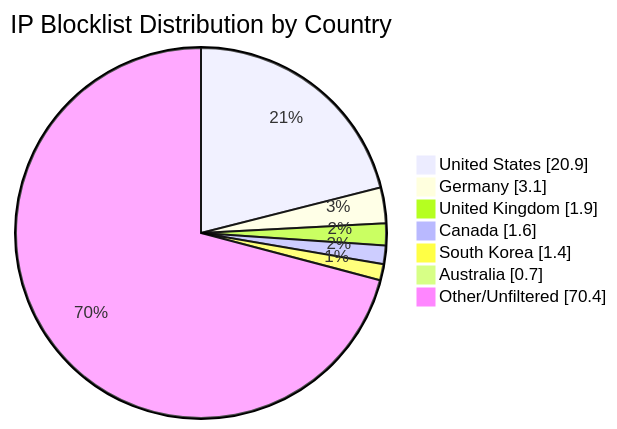
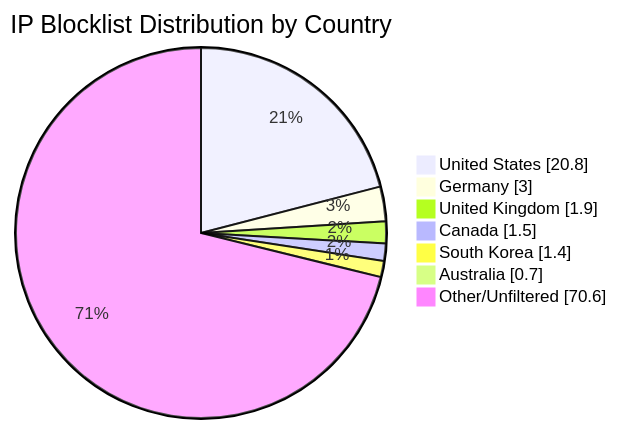
The diagram in README.md (MarcusHoltz/ipblocklist-geofiltered-aggregator), drawn with Mermaid before and after one commit. The commit also changed other lines of this file and 9 other files, not shown here.

````diff
--- a/README.md
+++ b/README.md
@@ -34,10 +34,10 @@
 ```mermaid
 pie showData title IP Blocklist Distribution by Country
-"United States" : 20.9
-"Germany" : 3.1
+"United States" : 20.8
+"Germany" : 3.0
 "United Kingdom" : 1.9
-"Canada" : 1.6
+"Canada" : 1.5
 "South Korea" : 1.4
 "Australia" : 0.7
-"Other/Unfiltered" : 70.4
+"Other/Unfiltered" : 70.6
 ```
````
